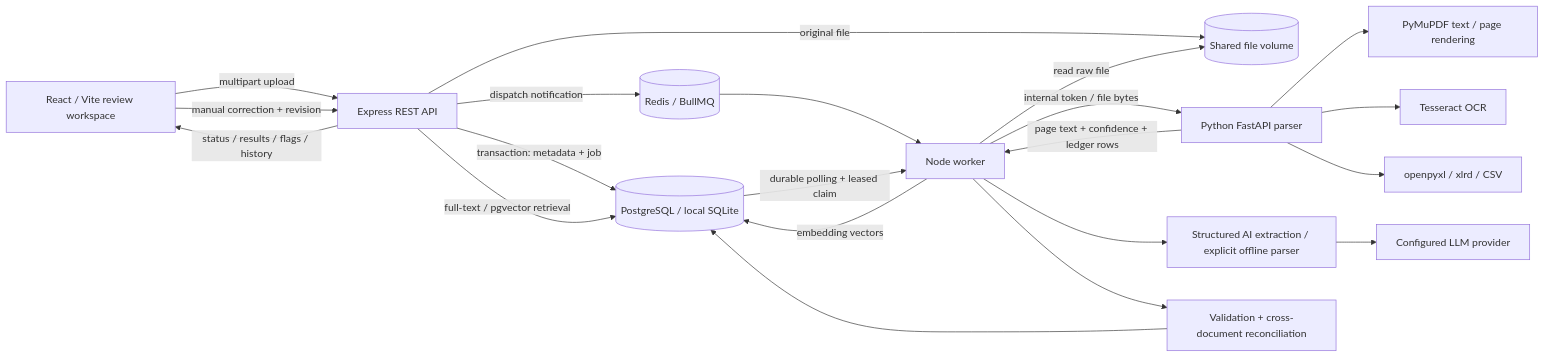
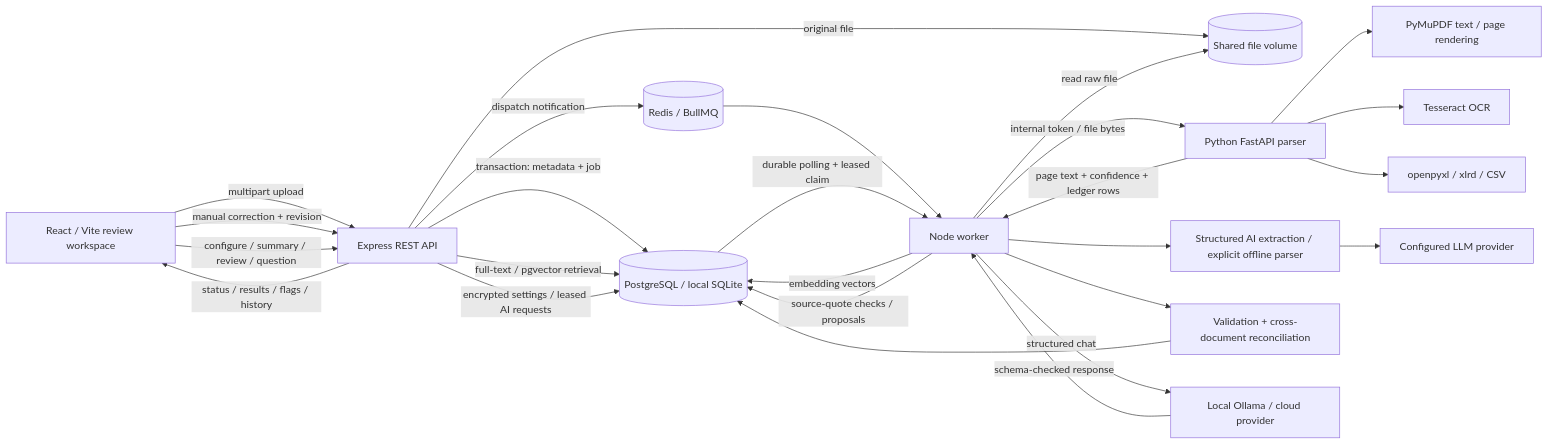
Before and after one commit to shariful707/Senior_AI_Engineer: the diagram in docs/architecture.md, drawn with Mermaid. The commit also changed other lines of this file and 36 other files, not shown here.

Commit message:
Add verified local Ollama extraction and document assistant

````diff
--- a/docs/architecture.md
+++ b/docs/architecture.md
@@ -3,23 +3,28 @@
 ```mermaid
 flowchart LR
     U[React / Vite review workspace] -->|multipart upload| A[Express REST API]
     A -->|original file| F[(Shared file volume)]
     A -->|transaction: metadata + job| DB[(PostgreSQL / local SQLite)]
     A -->|dispatch notification| R[(Redis / BullMQ)]
     R --> W[Node worker]
     DB -->|durable polling + leased claim| W
     W -->|read raw file| F
     W -->|internal token / file bytes| P[Python FastAPI parser]
     P --> PDF[PyMuPDF text / page rendering]
     P --> OCR[Tesseract OCR]
     P --> XLS[openpyxl / xlrd / CSV]
     P -->|page text + confidence + ledger rows| W
     W --> E[Structured AI extraction / explicit offline parser]
     E --> LLM[Configured LLM provider]
     W --> V[Validation + cross-document reconciliation]
     V --> DB
     W -->|embedding vectors| DB
     A -->|full-text / pgvector retrieval| DB
     A -->|status / results / flags / history| U
     U -->|manual correction + revision| A
+    U -->|configure / summary / review / question| A
+    A -->|encrypted settings / leased AI requests| DB
+    W -->|structured chat| O[Local Ollama / cloud provider]
+    O -->|schema-checked response| W
+    W -->|source-quote checks / proposals| DB
 ```
````
